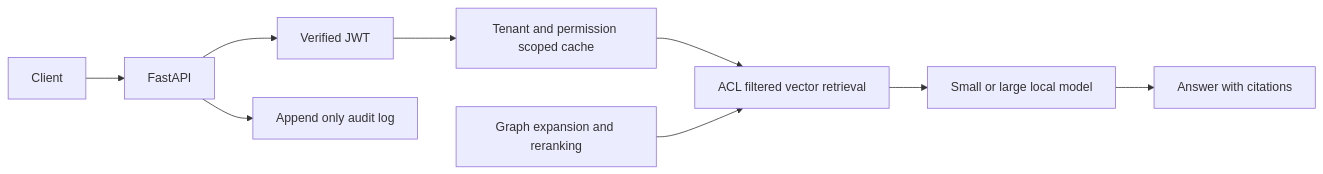
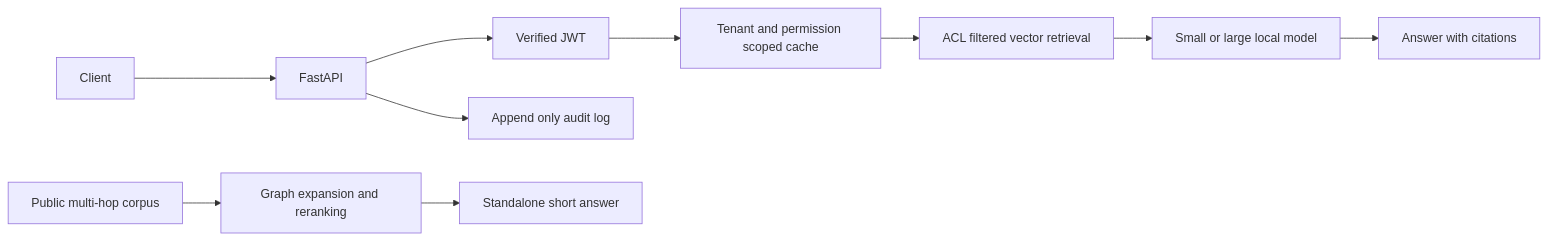
One commit to trishabatshya/rag-platform changed the diagram in README.md. Above: the diagram before and after it, drawn with Mermaid. The commit also changed other lines of this file and 28 other files, not shown here.

Commit message:
Implement M4 standalone GraphRAG and evaluation harness

````diff
--- a/README.md
+++ b/README.md
@@ -3,11 +3,12 @@
 ```mermaid
 flowchart LR
     Client --> API[FastAPI]
     API --> Identity[Verified JWT]
     Identity --> Cache[Tenant and permission scoped cache]
     Cache --> Retrieval[ACL filtered vector retrieval]
     Retrieval --> Router[Small or large local model]
     Router --> Answer[Answer with citations]
     API --> Audit[Append only audit log]
-    Graph[Graph expansion and reranking] --> Retrieval
+    PublicCorpus[Public multi-hop corpus] --> Graph[Graph expansion and reranking]
+    Graph --> PublicAnswer[Standalone short answer]
 ```
````
